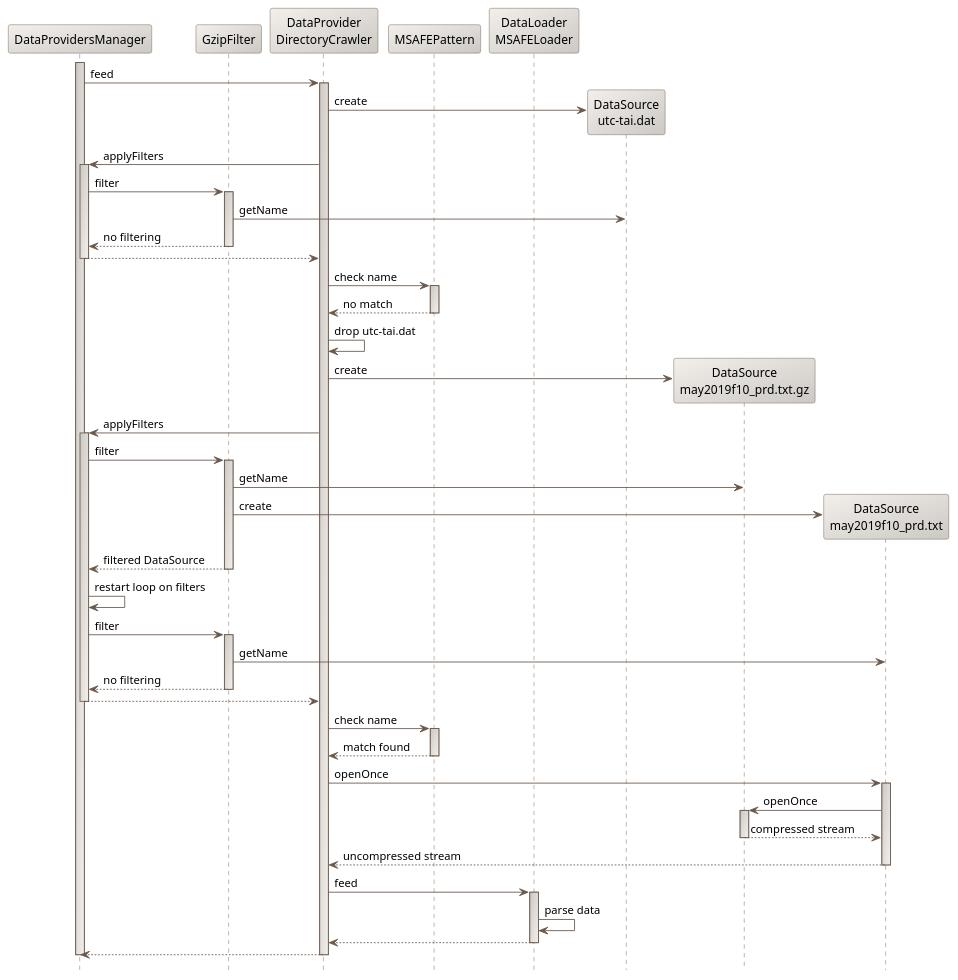
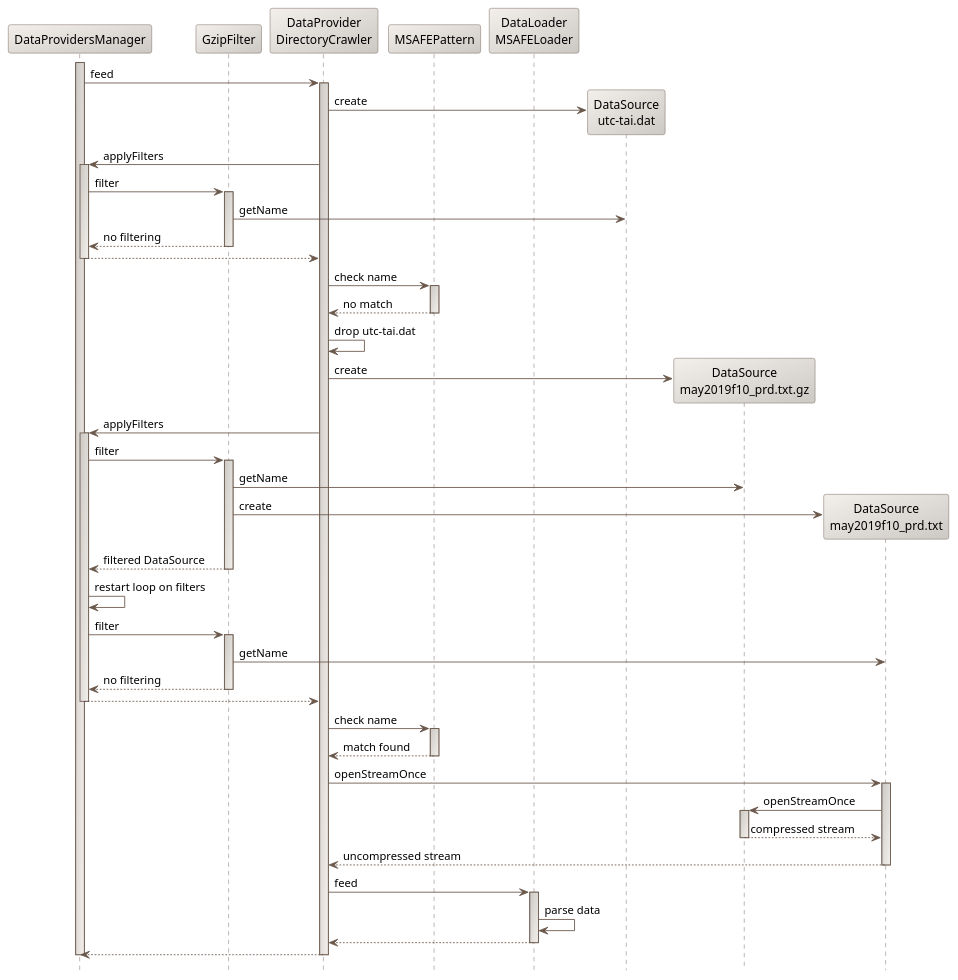
Before and after one commit to CS-SI/Orekit: the diagram in src/design/data-filtering-sequence-diagram.puml, drawn with PlantUML. The commit also changed 28 other files, not shown here.

Commit message:
Allow DataSource to be set up from a Reader.

```diff
--- a/src/design/data-filtering-sequence-diagram.puml
+++ b/src/design/data-filtering-sequence-diagram.puml
@@ -17,86 +17,86 @@
 @startuml
 
   skinparam svek                                true
   skinparam NoteBackgroundColor                 #F3EFEB
   skinparam NoteBorderColor                     #691616
   skinparam NoteFontColor                       #691616
   skinparam SequenceActorBorderColor            #6A584B
   skinparam SequenceParticipantBackgroundColor  #F3EFEB/CCC9C5
   skinparam SequenceParticipantBorderColor      #6A584B
   skinparam SequenceLifeLineBackgroundColor     #CCC9C5/F3EFEB
   skinparam SequenceLifeLineBorderColor         #6A584B
   skinparam SequenceArrowColor                  #6A584B
   skinparam SequenceBorderColor                 #6A584B
   skinparam SequenceFontSize                    11
 
   hide footbox
 
   participant DataProvidersManager
   participant GzipFilter
   participant "DataProvider\nDirectoryCrawler" as DirectoryCrawler
   participant MSAFEPattern
   participant "DataLoader\nMSAFELoader" as MSAFELoader
   participant "DataSource\nutc-tai.dat" as DataSource1
   participant "DataSource\nmay2019f10_prd.txt.gz" as DataSource2
   participant "DataSource\nmay2019f10_prd.txt" as DataSource3
 
   activate DataProvidersManager
     DataProvidersManager -> DirectoryCrawler : feed
     activate DirectoryCrawler
       create DataSource1
       DirectoryCrawler                    ->           DataSource1 : create
       DirectoryCrawler                    ->         DataProvidersManager : applyFilters
       activate DataProvidersManager
         DataProvidersManager  -> GzipFilter : filter
         activate GzipFilter
           GzipFilter -> DataSource1 : getName
           return no filtering
         deactivate GzipFilter
         DataProvidersManager                    -->         DirectoryCrawler
       deactivate DataProvidersManager
       DirectoryCrawler -> MSAFEPattern : check name
       activate MSAFEPattern
         MSAFEPattern --> DirectoryCrawler : no match
       deactivate MSAFEPattern
       DirectoryCrawler -> DirectoryCrawler : drop utc-tai.dat
       create DataSource2
       DirectoryCrawler                    ->           DataSource2 : create
       DirectoryCrawler                    ->         DataProvidersManager : applyFilters
       activate DataProvidersManager
         DataProvidersManager  -> GzipFilter : filter
         activate GzipFilter
           GzipFilter -> DataSource2 : getName
           create DataSource3
            GzipFilter -> DataSource3 : create
           return filtered DataSource
         deactivate GzipFilter
         DataProvidersManager -> DataProvidersManager : restart loop on filters
         DataProvidersManager  -> GzipFilter : filter
         activate GzipFilter
           GzipFilter -> DataSource3 : getName
           return no filtering
         deactivate GzipFilter
         DataProvidersManager                    -->         DirectoryCrawler
       deactivate DataProvidersManager
       DirectoryCrawler -> MSAFEPattern : check name
       activate MSAFEPattern
         MSAFEPattern --> DirectoryCrawler : match found
       deactivate MSAFEPattern
-      DirectoryCrawler -> DataSource3 : openOnce
+      DirectoryCrawler -> DataSource3 : openStreamOnce
       activate DataSource3
-        DataSource3 -> DataSource2 : openOnce
+        DataSource3 -> DataSource2 : openStreamOnce
         activate DataSource2
           DataSource2 --> DataSource3 : compressed stream
         deactivate DataSource2
           DataSource3 --> DirectoryCrawler : uncompressed stream
       deactivate DataSource3
       DirectoryCrawler -> MSAFELoader : feed
       activate MSAFELoader
         MSAFELoader -> MSAFELoader : parse data
         MSAFELoader --> DirectoryCrawler
       deactivate MSAFELoader
       DirectoryCrawler --> DataProvidersManager
     deactivate DirectoryCrawler
   deactivate DataProvidersManager
 
 @enduml
```
